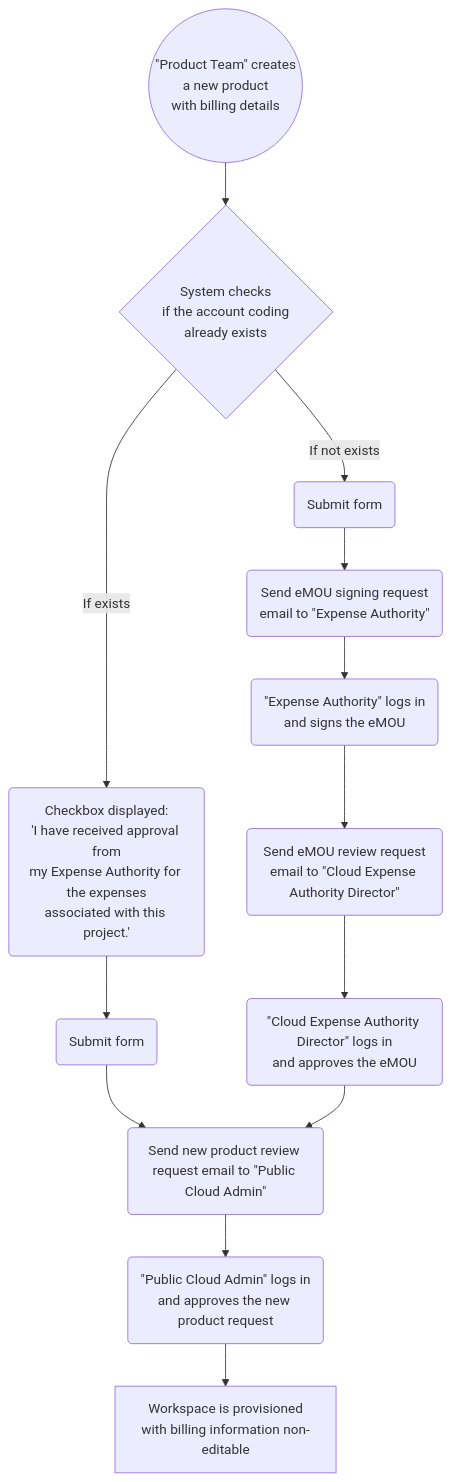
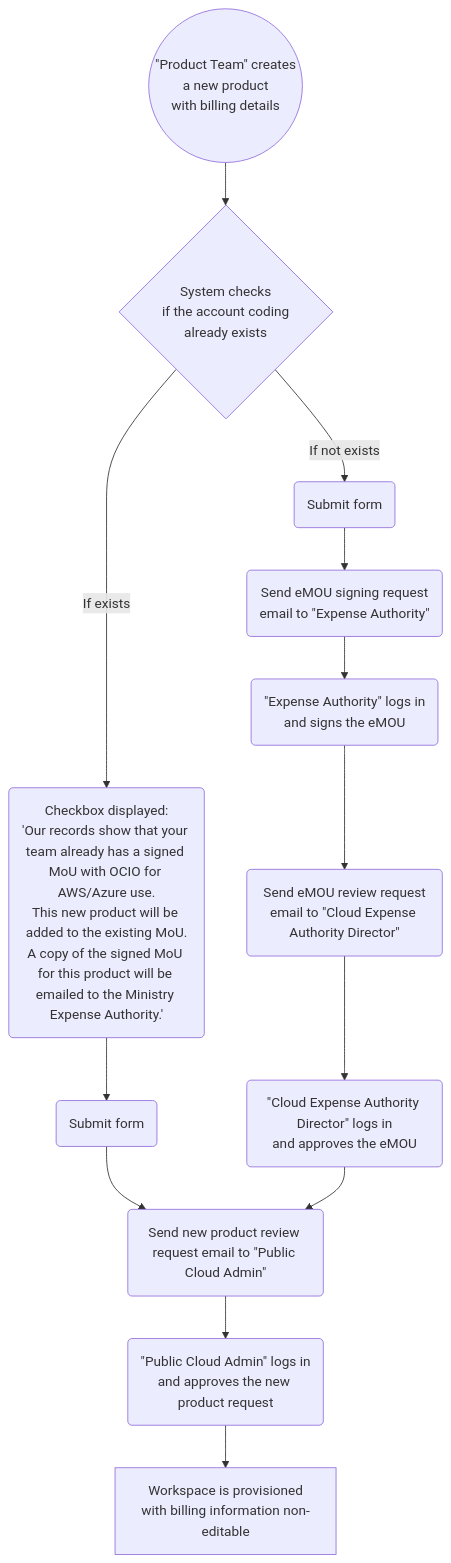
Before and after one commit to bcgov/platform-services-registry: the diagram in docs/emou-workflow.md, drawn with Mermaid. The commit also changed 28 other files, not shown here.

````diff
--- a/docs/emou-workflow.md
+++ b/docs/emou-workflow.md
@@ -3,16 +3,16 @@
 ```mermaid
 flowchart TB
     A((#quot;Product Team#quot; creates<br>a new product<br>with billing details))
     A --> B{System checks<br>if the account coding<br>already exists}
-    B -->|If exists| B1A(Checkbox displayed:<br>'I have received approval from<br>my Expense Authority for the expenses<br>associated with this project.')
+    B -->|If exists| B1A(Checkbox displayed:<br>'Our records show that your team already has a signed MoU with OCIO for AWS/Azure use.<br>This new product will be added to the existing MoU.<br>A copy of the signed MoU for this product will be emailed to the Ministry Expense Authority.')
     B1A --> B1B(Submit form)
     B1B --> C
     B -->|If not exists| B2A(Submit form)
     B2A --> B2B(Send eMOU signing request<br>email to #quot;Expense Authority#quot;)
     B2B --> B2C(#quot;Expense Authority#quot; logs in<br>and signs the eMOU)
     B2C --> B2D(Send eMOU review request<br>email to #quot;Cloud Expense Authority Director#quot;)
     B2D --> B2E(#quot;Cloud Expense Authority Director#quot; logs in<br>and approves the eMOU)
     B2E --> C(Send new product review request email to #quot;Public Cloud Admin#quot;)
     C --> D(#quot;Public Cloud Admin#quot; logs in<br>and approves the new product request)
     D --> E[Workspace is provisioned<br>with billing information non-editable]
 ```
````
